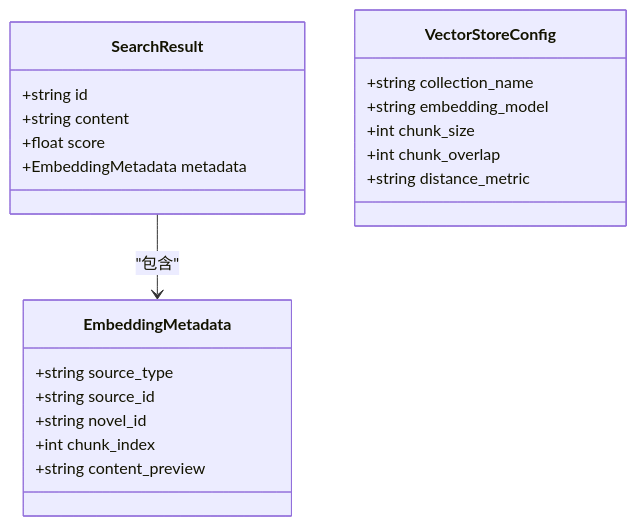
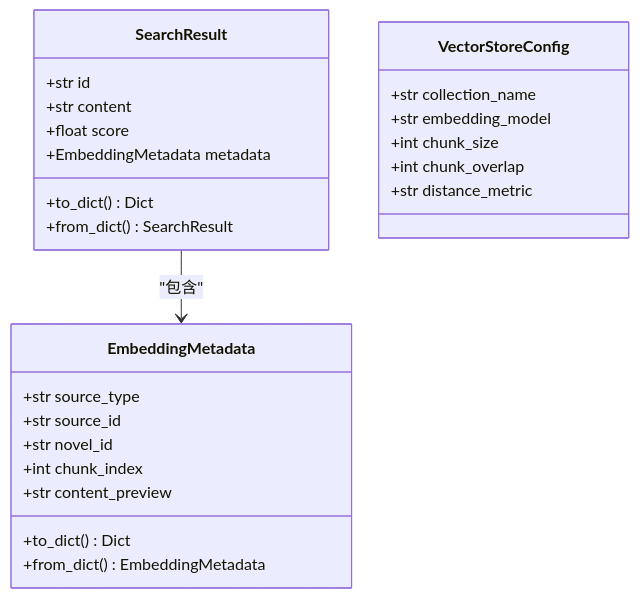
The fifth of 7 diagrams in .qoder/repowiki/zh/content/API接口文档/向量检索API.md (octsfm/InkTrace), drawn with Mermaid before and after one commit. The commit also changed other lines of this file and 179 other files, not shown here.

````diff
--- a/.qoder/repowiki/zh/content/API接口文档/向量检索API.md
+++ b/.qoder/repowiki/zh/content/API接口文档/向量检索API.md
@@ -232,24 +219,28 @@
 ```mermaid
 classDiagram
-class EmbeddingMetadata {
-+string source_type
-+string source_id
-+string novel_id
-+int chunk_index
-+string content_preview
-}
 class SearchResult {
-+string id
-+string content
++str id
++str content
 +float score
 +EmbeddingMetadata metadata
++to_dict() Dict
++from_dict() SearchResult
+}
+class EmbeddingMetadata {
++str source_type
++str source_id
++str novel_id
++int chunk_index
++str content_preview
++to_dict() Dict
++from_dict() EmbeddingMetadata
 }
 class VectorStoreConfig {
-+string collection_name
-+string embedding_model
++str collection_name
++str embedding_model
 +int chunk_size
 +int chunk_overlap
-+string distance_metric
++str distance_metric
 }
 SearchResult --> EmbeddingMetadata : "包含"
 ```
````
